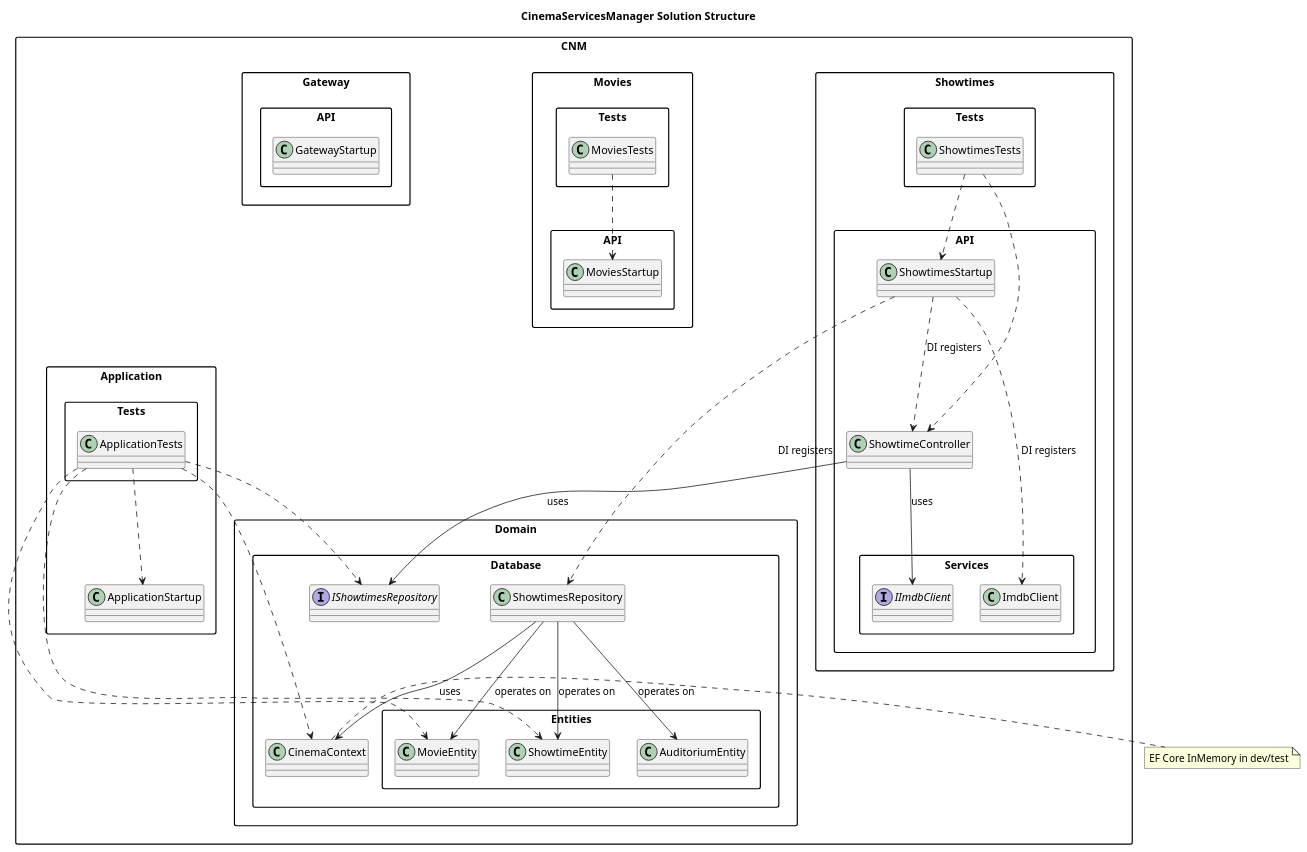
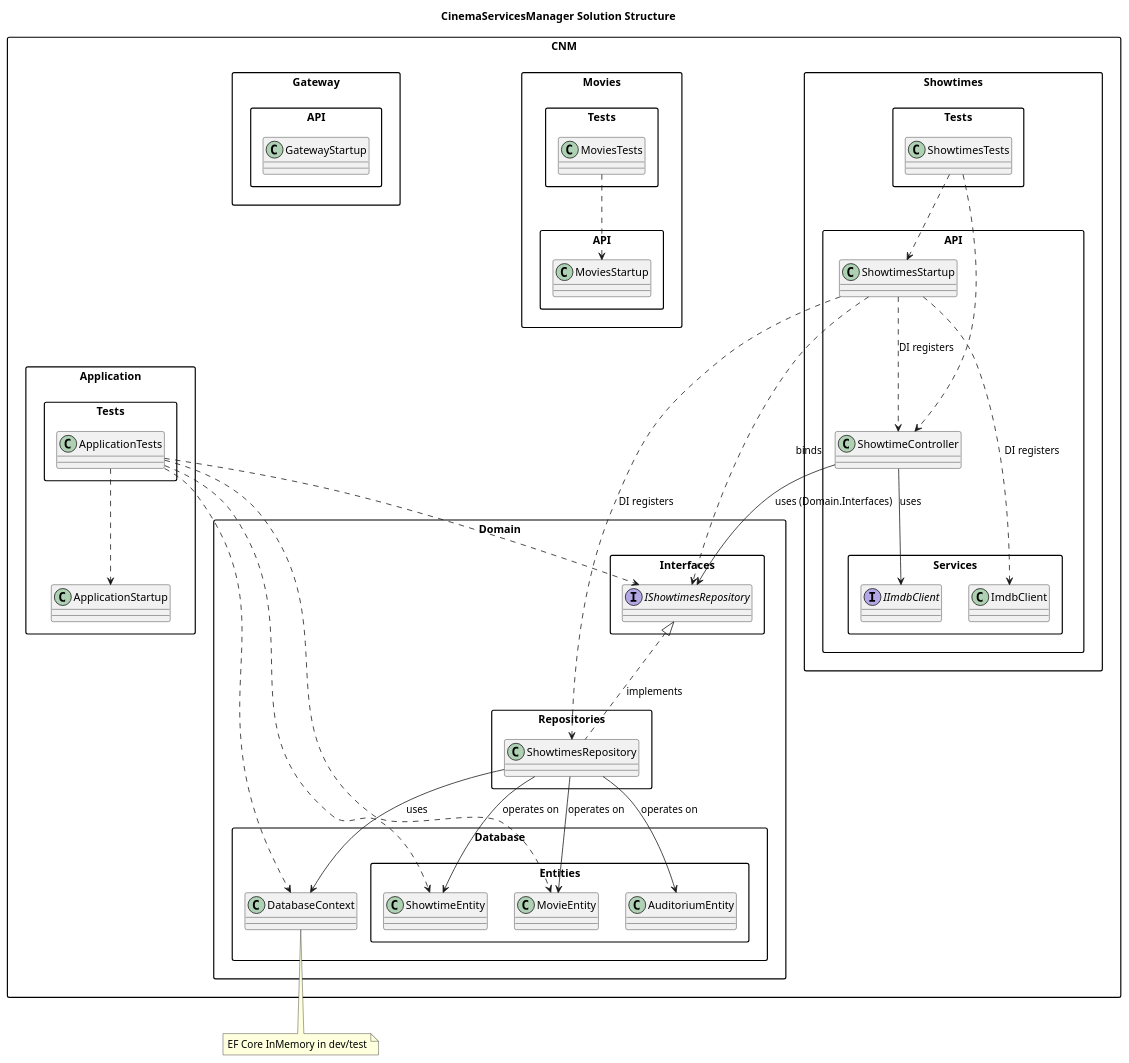
One commit to DenisKovalyonokSamples/CinemaServicesManager changed the diagram in SolutionStructure.puml. Above: the diagram before and after it, drawn with PlantUML.

Commit message:
SolutionSructure updated.

```diff
--- a/SolutionStructure.puml
+++ b/SolutionStructure.puml
@@ -1,79 +1,85 @@
 @startuml
 skinparam packageStyle rectangle
 skinparam shadowing false
 
 title CinemaServicesManager Solution Structure
 
 package "CNM.Domain" {
   package "Database" {
-    class CinemaContext
-    interface IShowtimesRepository
-    class ShowtimesRepository
+    class DatabaseContext
     package "Entities" {
       class ShowtimeEntity
       class MovieEntity
       class AuditoriumEntity
     }
+  }
+  package "Interfaces" {
+    interface IShowtimesRepository
+  }
+  package "Repositories" {
+    class ShowtimesRepository
   }
 }
 
 package "CNM.Showtimes.API" {
   class ShowtimesStartup
   class ShowtimeController
   package "Services" {
     interface IImdbClient
     class ImdbClient
   }
 }
 
 package "CNM.Movies.API" {
   class MoviesStartup
 }
 
 package "CNM.Gateway.API" {
   class GatewayStartup
 }
 
 package "CNM.Application" {
   class ApplicationStartup
 }
 
 package "CNM.Application.Tests" {
   class ApplicationTests
 }
 
 package "CNM.Showtimes.Tests" {
   class ShowtimesTests
 }
 
 package "CNM.Movies.Tests" {
   class MoviesTests
 }
 
 ShowtimeController --> IImdbClient : uses
-ShowtimeController --> IShowtimesRepository : uses
-ShowtimesRepository --> CinemaContext : uses
+ShowtimeController --> IShowtimesRepository : uses (Domain.Interfaces)
+ShowtimesRepository --> DatabaseContext : uses
 ShowtimesRepository --> ShowtimeEntity : operates on
 ShowtimesRepository --> MovieEntity : operates on
 ShowtimesRepository --> AuditoriumEntity : operates on
+IShowtimesRepository <|.. ShowtimesRepository : implements
 
 ShowtimesStartup ..> ShowtimeController : DI registers
 ShowtimesStartup ..> ImdbClient : DI registers
 ShowtimesStartup ..> ShowtimesRepository : DI registers
+ShowtimesStartup ..> IShowtimesRepository : binds
 
 ApplicationTests ..> ApplicationStartup
-ApplicationTests ..> CinemaContext
+ApplicationTests ..> DatabaseContext
 ApplicationTests ..> IShowtimesRepository
 ApplicationTests ..> ShowtimeEntity
 ApplicationTests ..> MovieEntity
 
 ShowtimesTests ..> ShowtimesStartup
 ShowtimesTests ..> ShowtimeController
 
 MoviesTests ..> MoviesStartup
 
-note right of CinemaContext
+note bottom of DatabaseContext
 EF Core InMemory in dev/test
 end note
 
 @enduml
```
